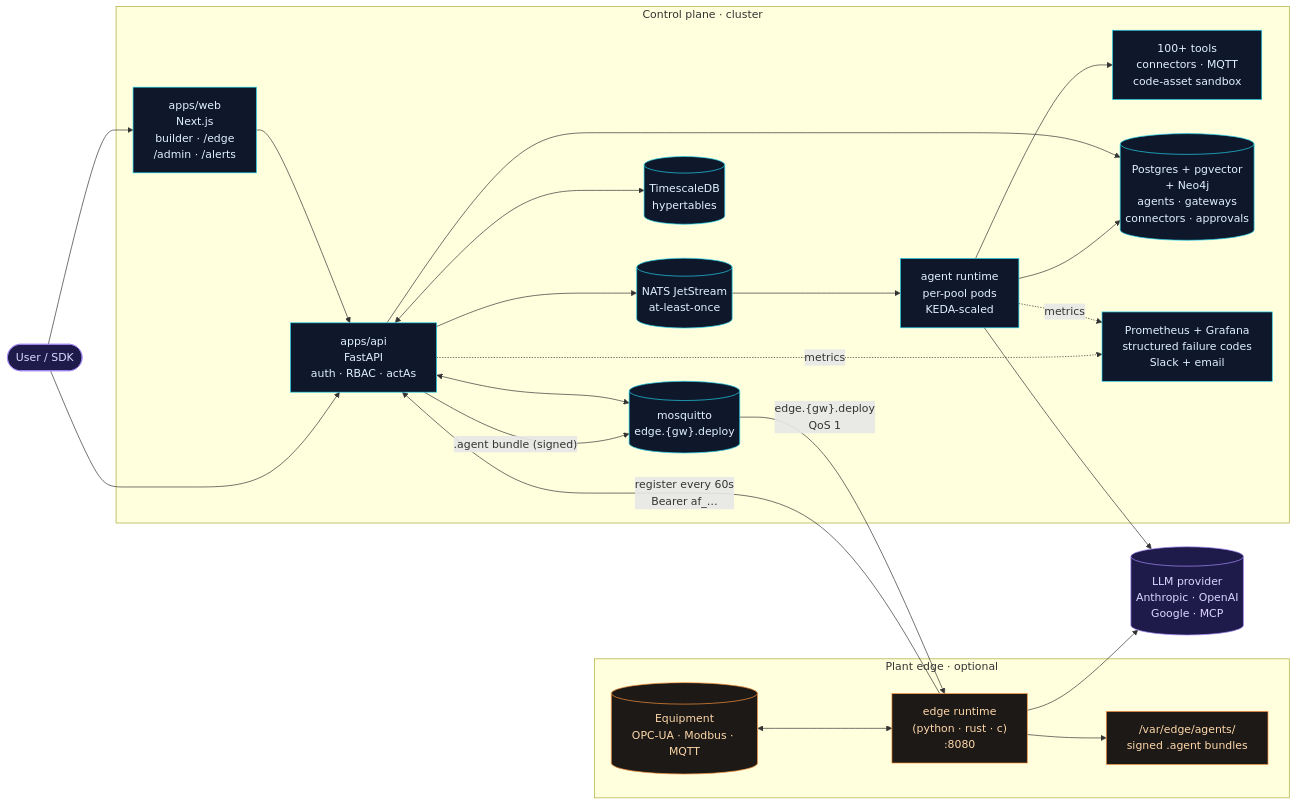
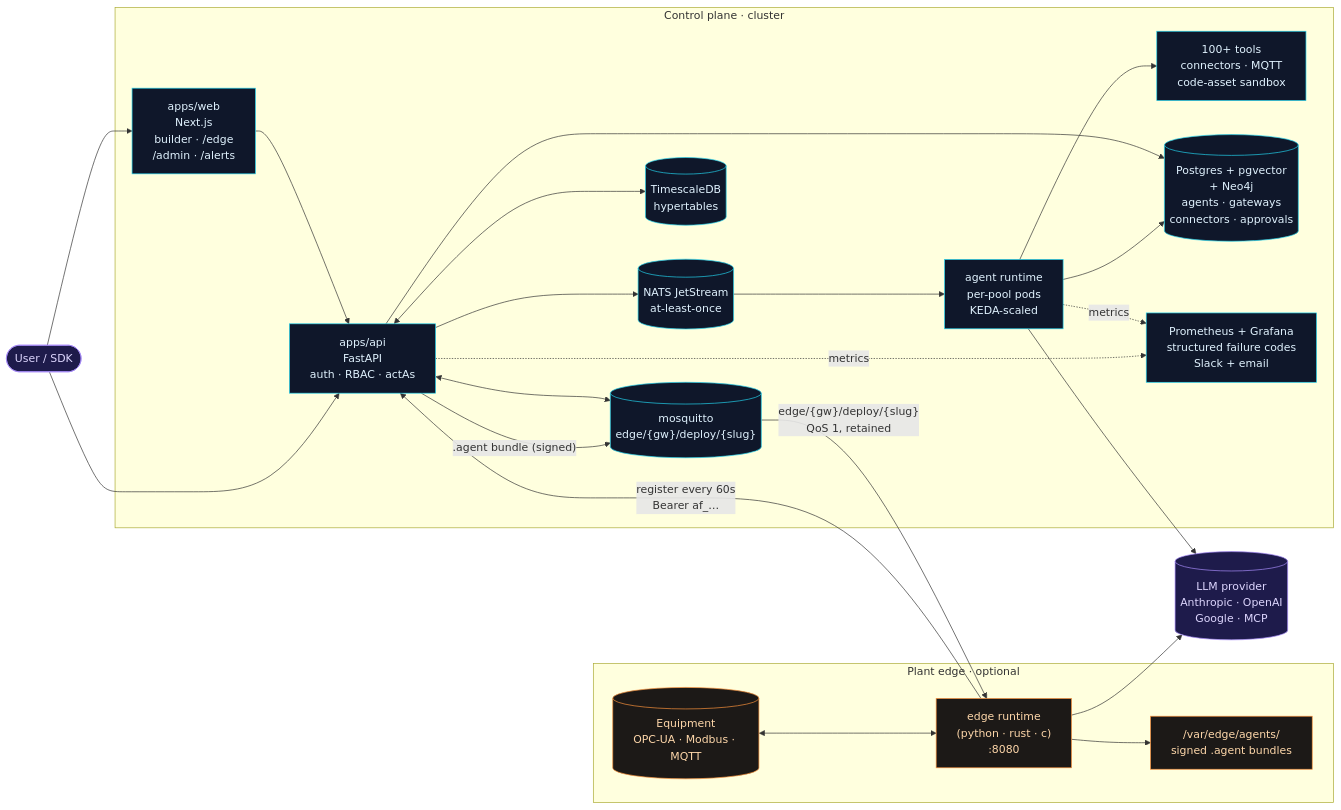
One commit to sarkar4777/abenix changed the second of 3 diagrams in README.md. Above: the diagram before and after it, drawn with Mermaid. The commit also changed other lines of this file and 22 other files, not shown here.

````diff
--- a/README.md
+++ b/README.md
@@ -287,44 +287,44 @@
 ```mermaid
 flowchart LR
     subgraph CTRL["Control plane · cluster"]
         WEB["apps/web<br/>Next.js<br/>builder · /edge<br/>/admin · /alerts"]
         API["apps/api<br/>FastAPI<br/>auth · RBAC · actAs"]
         EXEC["agent runtime<br/>per-pool pods<br/>KEDA-scaled"]
         TOOLS["100+ tools<br/>connectors · MQTT<br/>code-asset sandbox"]
         DB[("Postgres + pgvector<br/>+ Neo4j<br/>agents · gateways<br/>connectors · approvals")]
-        MQ[("mosquitto<br/>edge.{gw}.deploy")]
+        MQ[("mosquitto<br/>edge/{gw}/deploy/{slug}")]
         TSDB[("TimescaleDB<br/>hypertables")]
         NATS[("NATS JetStream<br/>at-least-once")]
         OBS["Prometheus + Grafana<br/>structured failure codes<br/>Slack + email"]
         WEB --> API --> NATS --> EXEC --> TOOLS
         API --> DB
         EXEC --> DB
         API <--> MQ
         API <--> TSDB
         EXEC -.metrics.-> OBS
         API -.metrics.-> OBS
     end
 
     subgraph EDGE["Plant edge · optional"]
         RT["edge runtime<br/>(python · rust · c)<br/>:8080"]
         BUNDLES["/var/edge/agents/<br/>signed .agent bundles"]
         EQUIP[("Equipment<br/>OPC-UA · Modbus · MQTT")]
         EQUIP <--> RT --> BUNDLES
     end
 
     USER([User / SDK]) --> WEB
     USER --> API
     EXEC --> LLM[("LLM provider<br/>Anthropic · OpenAI<br/>Google · MCP")]
     API -- ".agent bundle (signed)" --> MQ
-    MQ -- "edge.{gw}.deploy<br/>QoS 1" --> RT
+    MQ -- "edge/{gw}/deploy/{slug}<br/>QoS 1, retained" --> RT
     RT -- "register every 60s<br/>Bearer af_…" --> API
     RT --> LLM
 
     classDef ctl fill:#0f172a,stroke:#22d3ee,color:#e0f2fe;
     classDef edge fill:#1c1917,stroke:#fb923c,color:#fed7aa;
     classDef ext fill:#1e1b4b,stroke:#a78bfa,color:#ddd6fe;
     class WEB,API,EXEC,TOOLS ctl;
     class DB,MQ,TSDB,NATS,OBS ctl;
     class RT,BUNDLES,EQUIP edge;
     class LLM,USER ext;
 ```
````
